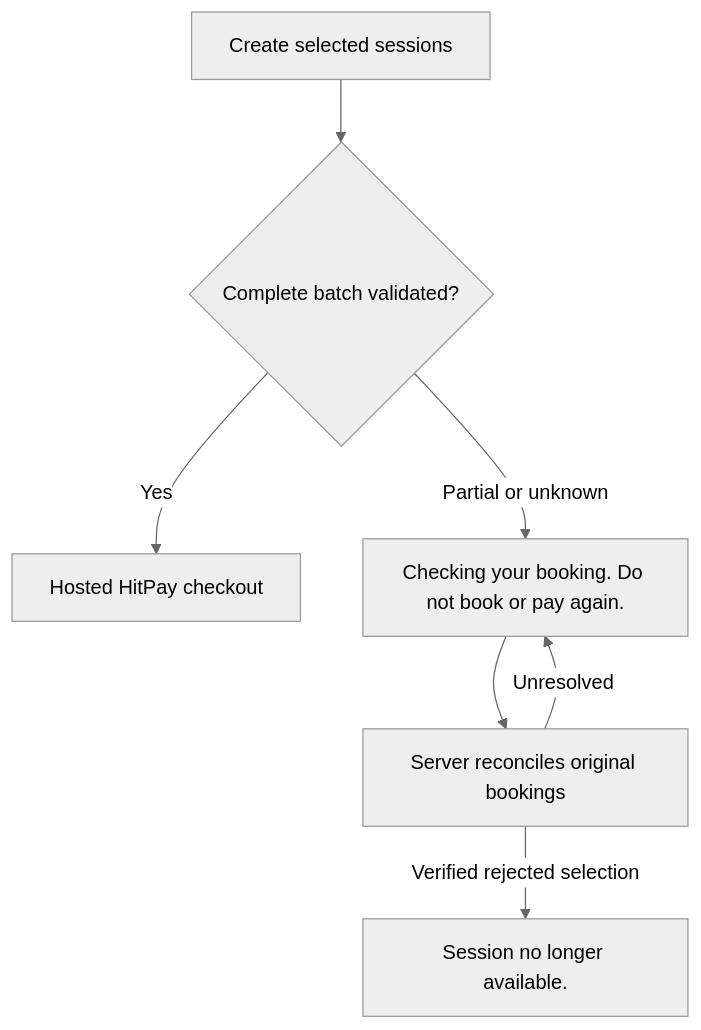
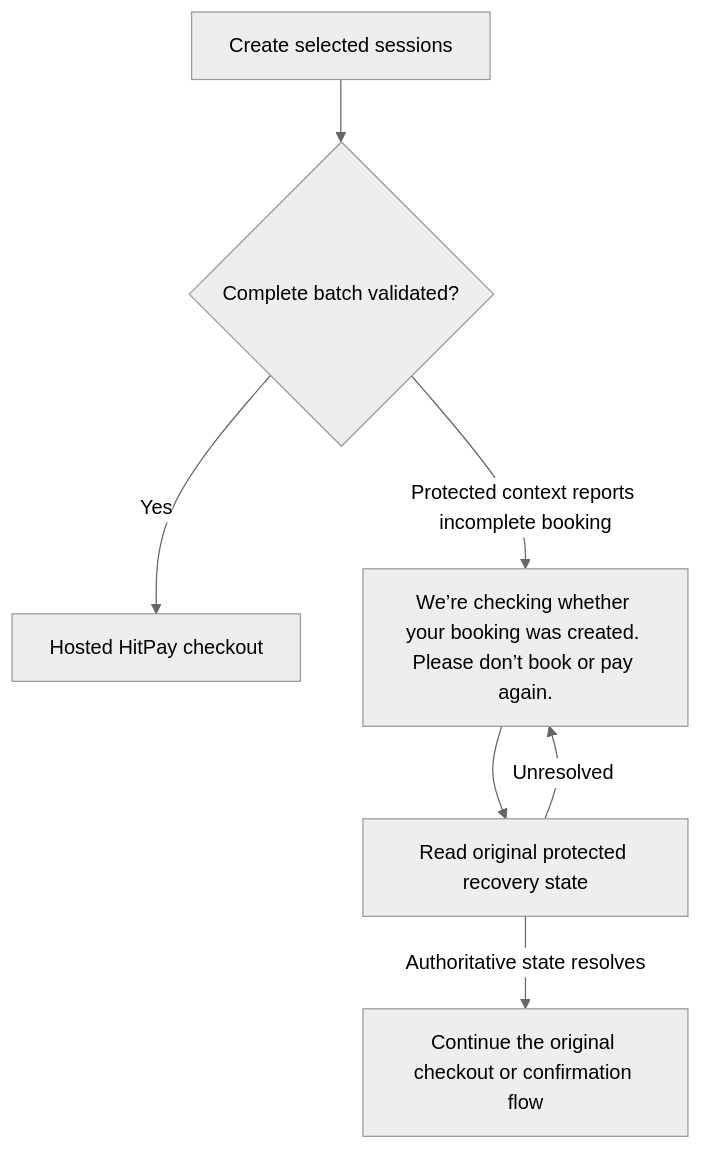
One commit to soccerbotstudiosg/soccerbotstudioSG changed the seventh of 19 diagrams in docs/booking-flows.md. Above: the diagram before and after it, drawn with Mermaid (neutral theme). The commit also changed other lines of this file and 44 other files, not shown here.

````diff
--- a/docs/booking-flows.md
+++ b/docs/booking-flows.md
@@ -120,9 +123,9 @@
 ```mermaid
 flowchart TD
   A["Create selected sessions"] --> B{"Complete batch validated?"}
   B -->|Yes| C["Hosted HitPay checkout"]
-  B -->|Partial or unknown| D["Checking your booking. Do not book or pay again."]
-  D --> E["Server reconciles original bookings"]
+  B -->|Protected context reports incomplete booking| D["We’re checking whether your booking was created. Please don’t book or pay again."]
+  D --> E["Read original protected recovery state"]
   E -->|Unresolved| D
-  E -->|Verified rejected selection| F["Session no longer available."]
+  E -->|Authoritative state resolves| F["Continue the original checkout or confirmation flow"]
 ```
````
